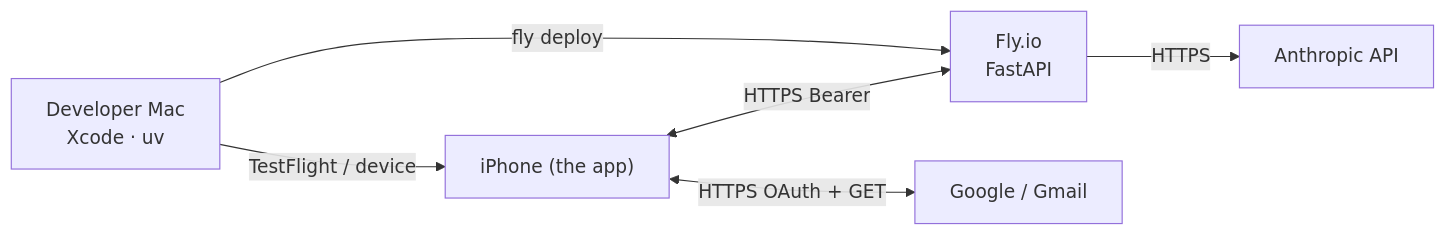
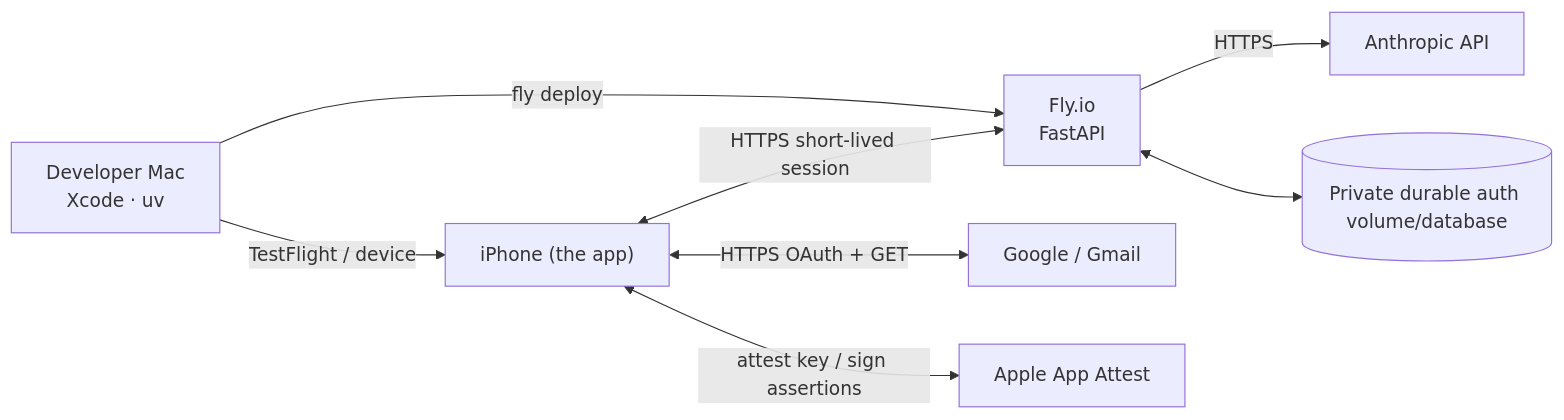
One commit to tzehon/wardrobe-stylist changed the seventh of 7 diagrams in docs/architecture.md. Above: the diagram before and after it, drawn with Mermaid. The commit also changed other lines of this file and 9 other files, not shown here.

Commit message:
docs: record App Attest release gates

````diff
--- a/docs/architecture.md
+++ b/docs/architecture.md
@@ -271,8 +329,10 @@
 ```mermaid
 flowchart LR
     Dev["Developer Mac<br/>Xcode · uv"] -->|TestFlight / device| Phone["iPhone (the app)"]
     Dev -->|fly deploy| Fly["Fly.io<br/>FastAPI"]
-    Phone <-->|HTTPS Bearer| Fly
+    Phone <-->|HTTPS short-lived session| Fly
     Fly -->|HTTPS| Anthropic["Anthropic API"]
     Phone <-->|HTTPS OAuth + GET| Google["Google / Gmail"]
+    Phone <-->|attest key / sign assertions| Apple["Apple App Attest"]
+    Fly <--> AuthDB[("Private durable auth volume/database")]
 ```
````
